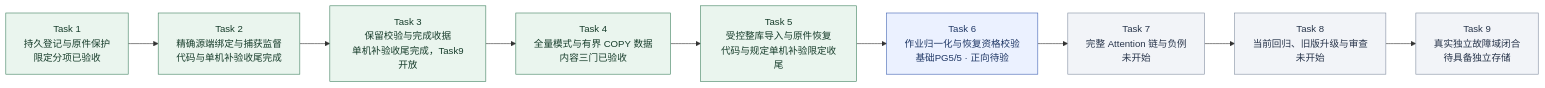
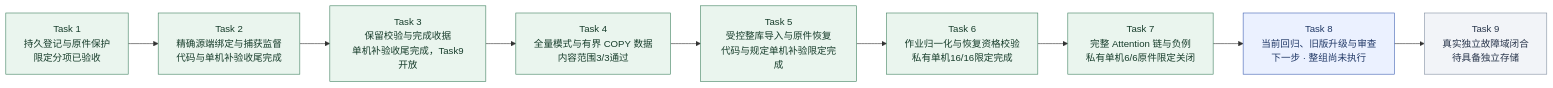
The second of 9 diagrams in docs/KnowWeave实施路线与系统架构.md (MansurnamedZhang/learning-system-p0c4), drawn with Mermaid before and after one commit. The commit also changed other lines of this file and 14 other files, not shown here.

First line of the commit message:
docs: audit full roadmap and regenerate current architecture maps

````diff
--- a/docs/KnowWeave实施路线与系统架构.md
+++ b/docs/KnowWeave实施路线与系统架构.md
@@ -110,26 +81,26 @@
 ```mermaid
 flowchart LR
     C4T1["Task 1<br/>持久登记与原件保护<br/>限定分项已验收"]
     C4T2["Task 2<br/>精确源端绑定与捕获监督<br/>代码与单机补验收尾完成"]
     C4T3["Task 3<br/>保留校验与完成收据<br/>单机补验收尾完成，Task9开放"]
-    C4T4["Task 4<br/>全量模式与有界 COPY 数据<br/>内容三门已验收"]
-    C4T5["Task 5<br/>受控整库导入与原件恢复<br/>代码与规定单机补验限定收尾"]
-    C4T6["Task 6<br/>作业归一化与恢复资格校验<br/>基础PG5/5 · 正向待验"]
-    C4T7["Task 7<br/>完整 Attention 链与负例<br/>未开始"]
-    C4T8["Task 8<br/>当前回归、旧版升级与审查<br/>未开始"]
+    C4T4["Task 4<br/>全量模式与有界 COPY 数据<br/>内容范围3/3通过"]
+    C4T5["Task 5<br/>受控整库导入与原件恢复<br/>代码与规定单机补验限定完成"]
+    C4T6["Task 6<br/>作业归一化与恢复资格校验<br/>私有单机16/16限定完成"]
+    C4T7["Task 7<br/>完整 Attention 链与负例<br/>私有单机6/6原件限定关闭"]
+    C4T8["Task 8<br/>当前回归、旧版升级与审查<br/>下一步 · 整组尚未执行"]
     C4T9["Task 9<br/>真实独立故障域闭合<br/>待具备独立存储"]
     C4T1 --> C4T2
     C4T2 --> C4T3
     C4T3 --> C4T4
     C4T4 --> C4T5
     C4T5 --> C4T6
     C4T6 --> C4T7
     C4T7 --> C4T8
     C4T8 --> C4T9
-    class C4T1,C4T2,C4T3,C4T4,C4T5 done
-    class C4T6 next
-    class C4T7,C4T8,C4T9 planned
+    class C4T1,C4T2,C4T3,C4T4,C4T5,C4T6,C4T7 done
+    class C4T8 next
+    class C4T9 planned
     classDef done fill:#eaf5ee,stroke:#438363,color:#173d2b
     classDef next fill:#ebf1ff,stroke:#4365b4,color:#203866
     classDef planned fill:#f2f4f8,stroke:#8591a3,color:#28354b
 ```
````
